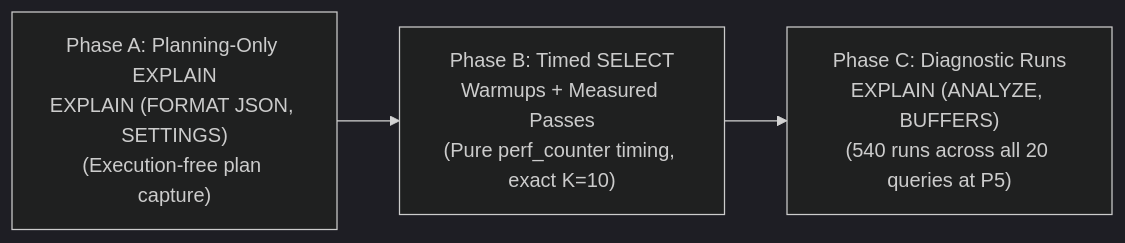
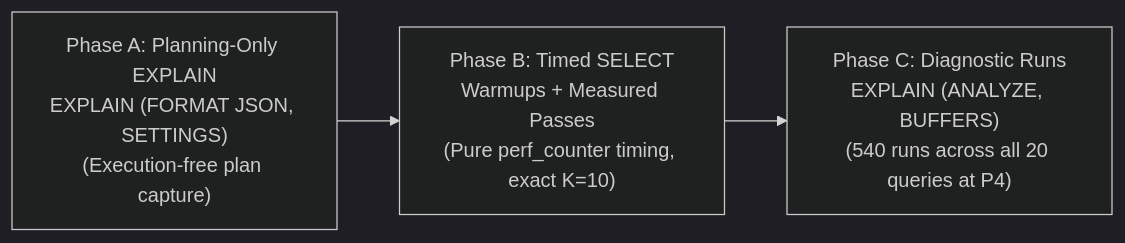
One commit to yoswinner/CompressionAwareRag changed the diagram in docs/planner_sensitivity_protocol.md. Above: the diagram before and after it, drawn with Mermaid (dark theme). The commit also changed other lines of this file and 4 other files, not shown here.

````diff
--- a/docs/planner_sensitivity_protocol.md
+++ b/docs/planner_sensitivity_protocol.md
@@ -121,5 +145,5 @@
 ```mermaid
 flowchart LR
     A["Phase A: Planning-Only EXPLAIN<br/>EXPLAIN (FORMAT JSON, SETTINGS)<br/>(Execution-free plan capture)"] --> B["Phase B: Timed SELECT<br/>Warmups + Measured Passes<br/>(Pure perf_counter timing, exact K=10)"]
-    B --> C["Phase C: Diagnostic Runs<br/>EXPLAIN (ANALYZE, BUFFERS)<br/>(540 runs across all 20 queries at P5)"]
+    B --> C["Phase C: Diagnostic Runs<br/>EXPLAIN (ANALYZE, BUFFERS)<br/>(540 runs across all 20 queries at P4)"]
 ```
````
